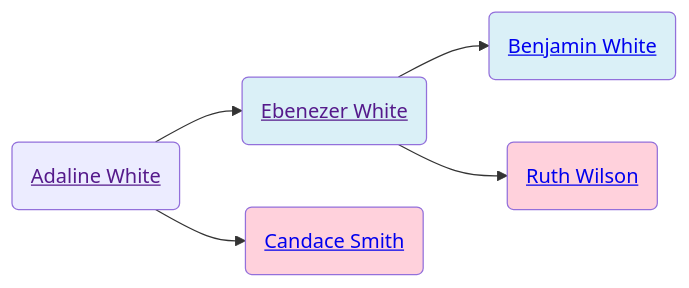
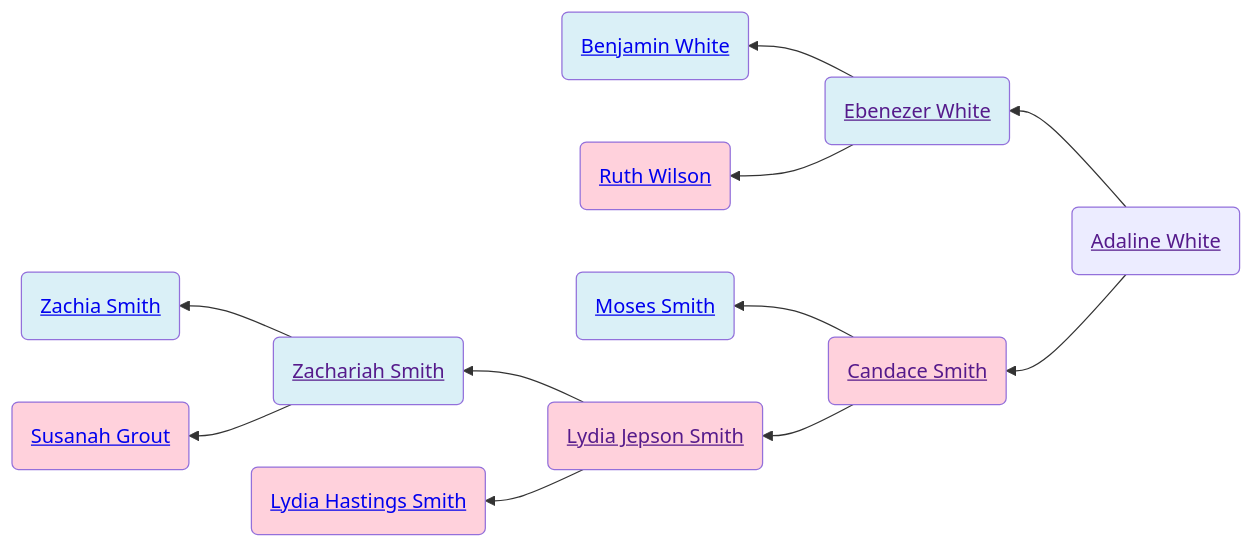
Before and after one commit to neelsmith/avocational: the diagram in familyhistory/sources/people/Merrill-line/White-line/Adaline_White.qmd, drawn with Mermaid. The commit also changed 109 other files, not shown here.

````diff
--- a/familyhistory/sources/people/Merrill-line/White-line/Adaline_White.qmd
+++ b/familyhistory/sources/people/Merrill-line/White-line/Adaline_White.qmd
@@ -19,15 +19,27 @@
 ```{mermaid}
-graph LR
+graph RL
 Adaline_White(<a href=''>Adaline White</>) -->  Ebenezer_White(<a href='./Ebenezer_White.html'>Ebenezer White</>)
 Ebenezer_White(<a href=''>Ebenezer White</>) -->  Benjamin_White(<a href='./Benjamin_White.html'>Benjamin White</>)
 class Benjamin_White father
 Ebenezer_White(<a href=''>Ebenezer White</>)  --> Ruth_Wilson(<a href='./Wilson-line/Ruth_Wilson.html'>Ruth Wilson</>)
 class Ruth_Wilson mother
 class Ebenezer_White father
 Adaline_White(<a href=''>Adaline White</>)  --> Candace_Smith(<a href='./Candace-Smith-line/Candace_Smith.html'>Candace Smith</>)
+Candace_Smith(<a href=''>Candace Smith</>) -->  Moses_Smith(<a href='./../../../Moses_Smith_connections/Moses_Smith.html'>Moses Smith</>)
+class Moses_Smith father
+Candace_Smith(<a href=''>Candace Smith</>)  --> Lydia_Jepson_Smith(<a href='./Lydia_Jepson_Smith.html'>Lydia Jepson Smith</>)
+Lydia_Jepson_Smith(<a href=''>Lydia Jepson Smith</>) -->  Zachariah_Smith(<a href='./Zachariah_Smith.html'>Zachariah Smith</>)
+Zachariah_Smith(<a href=''>Zachariah Smith</>) -->  Zachia_Smith(<a href='./../../Zachia_Smith.html'>Zachia Smith</>)
+class Zachia_Smith father
+Zachariah_Smith(<a href=''>Zachariah Smith</>)  --> Susanah_Grout(<a href='./../../Susanah_Grout.html'>Susanah Grout</>)
+class Susanah_Grout mother
+class Zachariah_Smith father
+Lydia_Jepson_Smith(<a href=''>Lydia Jepson Smith</>)  --> Lydia_Hastings_Smith(<a href='./Lydia_Hastings_Smith.html'>Lydia Hastings Smith</>)
+class Lydia_Hastings_Smith mother
+class Lydia_Jepson_Smith mother
 class Candace_Smith mother
 classDef mother fill:#ffd1dc
 classDef father fill:#daf0f7  
 classDef marriage fill:#ffffff
 
 ```
````
